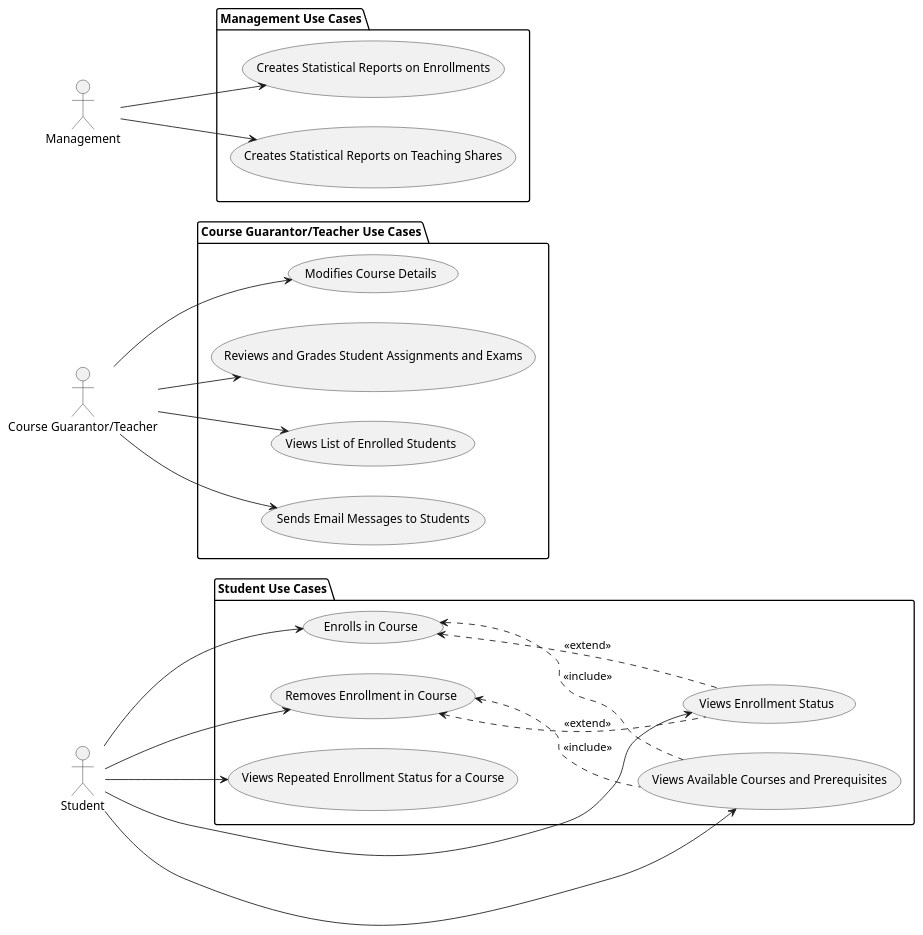
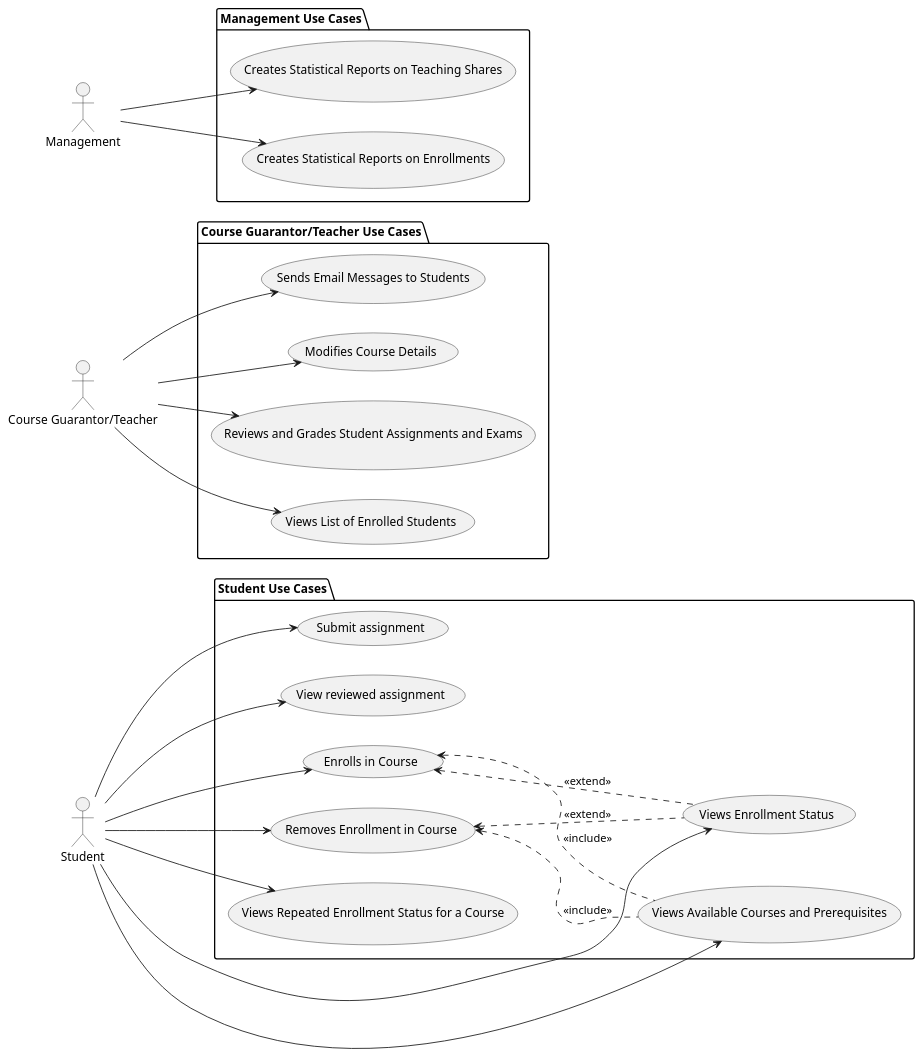
Before and after one commit to matejsubrt/uvod-sw-inz: the first of 4 diagrams in seminar-work-template.md, drawn with PlantUML. The commit also changed other lines of this file, not shown here.

````diff
--- a/seminar-work-template.md
+++ b/seminar-work-template.md
@@ -127,50 +127,54 @@
 ```plantuml
 @startuml
 left to right direction
 
 actor Student as S
 actor "Course Guarantor/Teacher" as T
 actor Management as M
 
 package "Student Use Cases" {
   usecase "Enrolls in Course" as UC1
   usecase "Removes Enrollment in Course" as UC2
   usecase "Views Available Courses and Prerequisites" as UC3
   usecase "Views Enrollment Status" as UC4
   usecase "Views Repeated Enrollment Status for a Course" as UC5
+  usecase "Submit assignment" as SUC1
+  usecase "View reviewed assignment" as SUC2
 }
 
 package "Course Guarantor/Teacher Use Cases" {
   usecase "Views List of Enrolled Students" as UC6
   usecase "Sends Email Messages to Students" as UC7
   usecase "Modifies Course Details" as UC8
   usecase "Reviews and Grades Student Assignments and Exams" as UC9
 }
 
 package "Management Use Cases" {
   usecase "Creates Statistical Reports on Enrollments" as UC10
   usecase "Creates Statistical Reports on Teaching Shares" as UC11
 }
 
 S --> UC1
 S --> UC2
 S --> UC3
 S --> UC4
 S --> UC5
+S --> SUC1
+S --> SUC2
 
 T --> UC6
 T --> UC7
 T --> UC8
 T --> UC9
 
 M --> UC10
 M --> UC11
 
 UC1 <.. UC3 : <<include>>
 UC2 <.. UC3 : <<include>>
 
 UC1 <.. UC4 : <<extend>>
 UC2 <.. UC4 : <<extend>>
 
 @enduml
 ```
````
